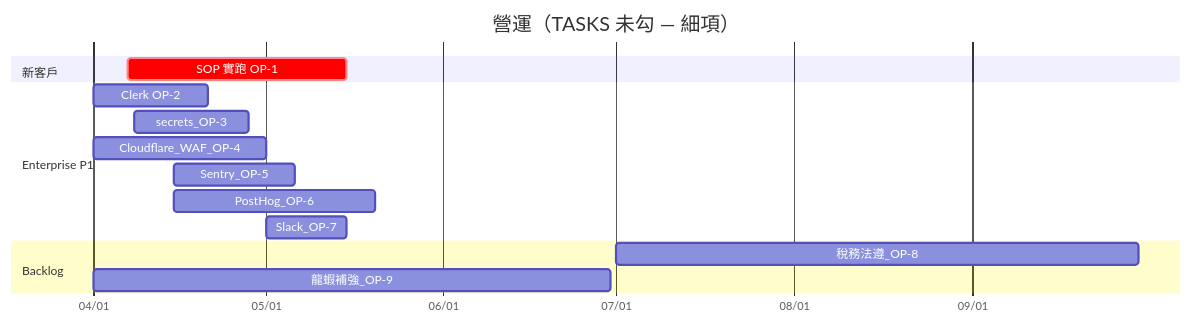
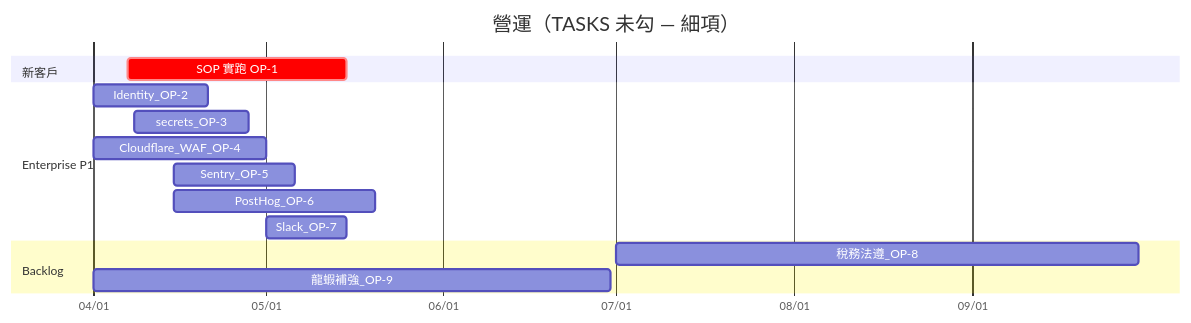
The first of 3 diagrams in agency-os/docs/overview/PROGRAM_TIMELINE.md (awarewaveai-pei/Work), drawn with Mermaid before and after one commit. The commit also changed other lines of this file and 53 other files, not shown here.

````diff
--- a/agency-os/docs/overview/PROGRAM_TIMELINE.md
+++ b/agency-os/docs/overview/PROGRAM_TIMELINE.md
@@ -53,22 +53,22 @@
 ```mermaid
 gantt
 title 營運（TASKS 未勾 — 細項）
 dateFormat YYYY-MM-DD
 axisFormat %m/%d
 
 section 新客戶
 SOP 實跑 OP-1 : crit, op1, 2026-04-07, 2026-05-15
 
 section Enterprise P1
-Clerk OP-2 : op2, 2026-04-01, 2026-04-21
+Identity_OP-2 : op2, 2026-04-01, 2026-04-21
 secrets_OP-3 : op3, 2026-04-08, 2026-04-28
 Cloudflare_WAF_OP-4 : op4, 2026-04-01, 2026-05-01
 Sentry_OP-5 : op5, 2026-04-15, 2026-05-06
 PostHog_OP-6 : op6, 2026-04-15, 2026-05-20
 Slack_OP-7 : op7, 2026-05-01, 2026-05-15
 
 section Backlog
 稅務法遵_OP-8 : op8, 2026-07-01, 2026-09-30
 龍蝦補強_OP-9 : op9, 2026-04-01, 2026-06-30
 
 ```
````
